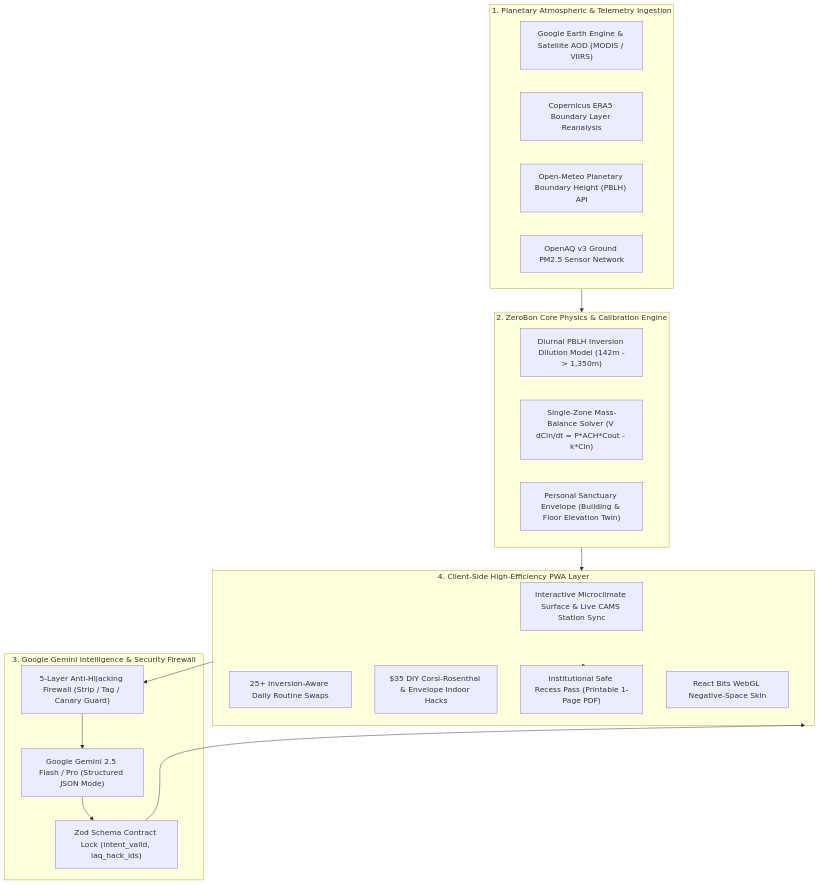
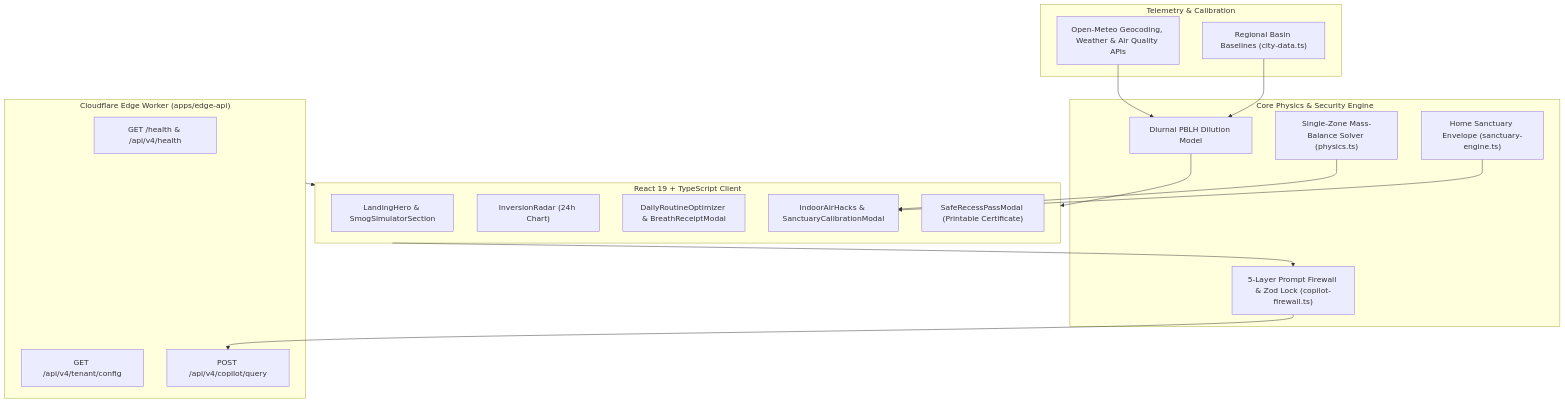
Before and after one commit to z99wE/zerobon: the diagram in README.md, drawn with Mermaid. The commit also changed other lines of this file and 14 other files, not shown here.

````diff
--- a/README.md
+++ b/README.md
@@ -47,37 +44,37 @@
 ```mermaid
 flowchart TD
-    subgraph SATELLITE ["1. Planetary Atmospheric & Telemetry Ingestion"]
-        GEE["Google Earth Engine & Satellite AOD (MODIS / VIIRS)"]
-        ERA5["Copernicus ERA5 Boundary Layer Reanalysis"]
-        METEO["Open-Meteo Planetary Boundary Height (PBLH) API"]
-        AQ["OpenAQ v3 Ground PM2.5 Sensor Network"]
+    subgraph DATA ["Telemetry & Calibration"]
+        METEO["Open-Meteo Geocoding, Weather & Air Quality APIs"]
+        BASE["Regional Basin Baselines (city-data.ts)"]
     end
 
-    subgraph ENGINE ["2. ZeroBon Core Physics & Calibration Engine"]
-        INVERSION["Diurnal PBLH Inversion Dilution Model (142m -> 1,350m)"]
-        MASS["Single-Zone Mass-Balance Solver (V dCin/dt = P*ACH*Cout - k*Cin)"]
-        SANCTUARY["Personal Sanctuary Envelope (Building & Floor Elevation Twin)"]
+    subgraph ENGINE ["Core Physics & Security Engine"]
+        INVERSION["Diurnal PBLH Dilution Model"]
+        MASS["Single-Zone Mass-Balance Solver (physics.ts)"]
+        SANCTUARY["Home Sanctuary Envelope (sanctuary-engine.ts)"]
+        FIREWALL["5-Layer Prompt Firewall & Zod Lock (copilot-firewall.ts)"]
     end
 
-    subgraph AI ["3. Google Gemini Intelligence & Security Firewall"]
-        GEMINI["Google Gemini 2.5 Flash / Pro (Structured JSON Mode)"]
-        FIREWALL["5-Layer Anti-Hijacking Firewall (Strip / Tag / Canary Guard)"]
-        SCHEMA["Zod Schema Contract Lock (intent_valid, iaq_hack_ids)"]
+    subgraph EDGE ["Cloudflare Edge Worker (apps/edge-api)"]
+        HEALTH["GET /health & /api/v4/health"]
+        TENANT["GET /api/v4/tenant/config"]
+        QUERY["POST /api/v4/copilot/query"]
     end
 
-    subgraph CLIENT ["4. Client-Side High-Efficiency PWA Layer"]
-        HERO["Interactive Microclimate Surface & Live CAMS Station Sync"]
-        ROUTINES["25+ Inversion-Aware Daily Routine Swaps"]
-        HACKS["$35 DIY Corsi-Rosenthal & Envelope Indoor Hacks"]
-        RECESS["Institutional Safe Recess Pass (Printable 1-Page PDF)"]
-        FIBERS["React Bits WebGL Negative-Space Skin"]
+    subgraph UI ["React 19 + TypeScript Client"]
+        HERO["LandingHero & SmogSimulatorSection"]
+        RADAR["InversionRadar (24h Chart)"]
+        ROUTINES["DailyRoutineOptimizer & BreathReceiptModal"]
+        HACKS["IndoorAirHacks & SanctuaryCalibrationModal"]
+        PASS["SafeRecessPassModal (Printable Certificate)"]
     end
 
-    SATELLITE --> ENGINE
-    ENGINE --> CLIENT
-    CLIENT --> FIREWALL
-    FIREWALL --> GEMINI
-    GEMINI --> SCHEMA
-    SCHEMA --> CLIENT
-    CLIENT --> RECESS
+    METEO --> INVERSION
+    BASE --> INVERSION
+    INVERSION --> UI
+    MASS --> HACKS
+    SANCTUARY --> HACKS
+    UI --> FIREWALL
+    FIREWALL --> QUERY
+    EDGE --> UI
 ```
````
